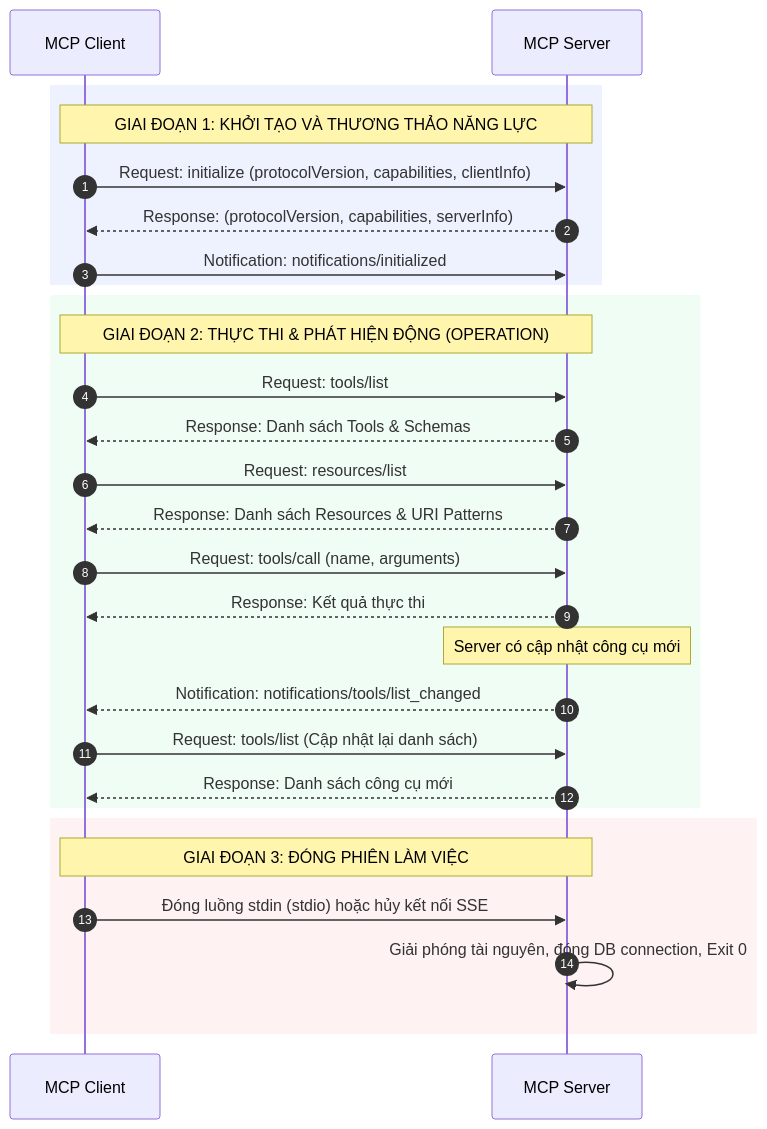
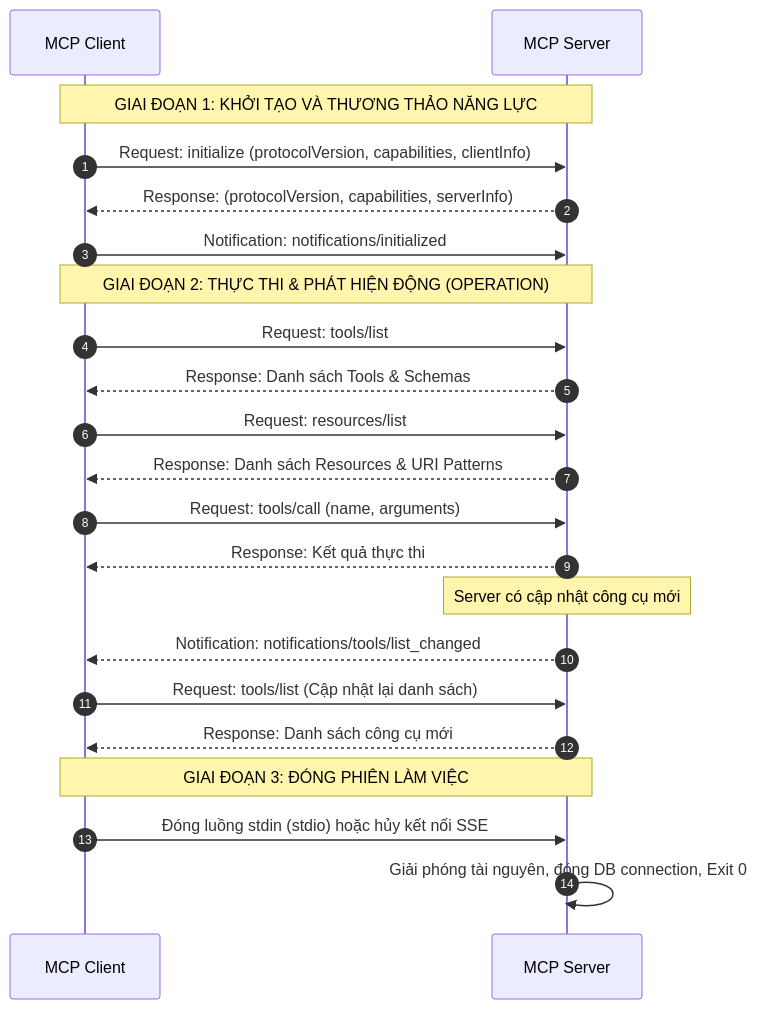
Before and after one commit to LeNguyenHaiDuong/agent_course: the eighth of 9 diagrams in 03-building-agents/02-tools-and-mcp/01_mcp_architecture.md, drawn with Mermaid. The commit also changed other lines of this file and 4 other files, not shown here.

First line of the commit message:
fix(diagrams): resolve contrast issues, integrate master mindmap, and restructure 7-layer architecture

````diff
--- a/03-building-agents/02-tools-and-mcp/01_mcp_architecture.md
+++ b/03-building-agents/02-tools-and-mcp/01_mcp_architecture.md
@@ -454,33 +454,27 @@
 ```mermaid
 sequenceDiagram
     autonumber
     participant C as MCP Client
     participant S as MCP Server
 
-    rect rgb(238, 242, 255)
     Note over C,S: GIAI ĐOẠN 1: KHỞI TẠO VÀ THƯƠNG THẢO NĂNG LỰC
     C->>S: Request: initialize (protocolVersion, capabilities, clientInfo)
     S-->>C: Response: (protocolVersion, capabilities, serverInfo)
     C->>S: Notification: notifications/initialized
-    end
 
-    rect rgb(240, 253, 244)
     Note over C,S: GIAI ĐOẠN 2: THỰC THI & PHÁT HIỆN ĐỘNG (OPERATION)
     C->>S: Request: tools/list
     S-->>C: Response: Danh sách Tools & Schemas
     C->>S: Request: resources/list
     S-->>C: Response: Danh sách Resources & URI Patterns
     C->>S: Request: tools/call (name, arguments)
     S-->>C: Response: Kết quả thực thi
     Note over S: Server có cập nhật công cụ mới
     S-->>C: Notification: notifications/tools/list_changed
     C->>S: Request: tools/list (Cập nhật lại danh sách)
     S-->>C: Response: Danh sách công cụ mới
-    end
 
-    rect rgb(254, 242, 242)
     Note over C,S: GIAI ĐOẠN 3: ĐÓNG PHIÊN LÀM VIỆC
     C->>S: Đóng luồng stdin (stdio) hoặc hủy kết nối SSE
     S->>S: Giải phóng tài nguyên, đóng DB connection, Exit 0
-    end
 ```
````
